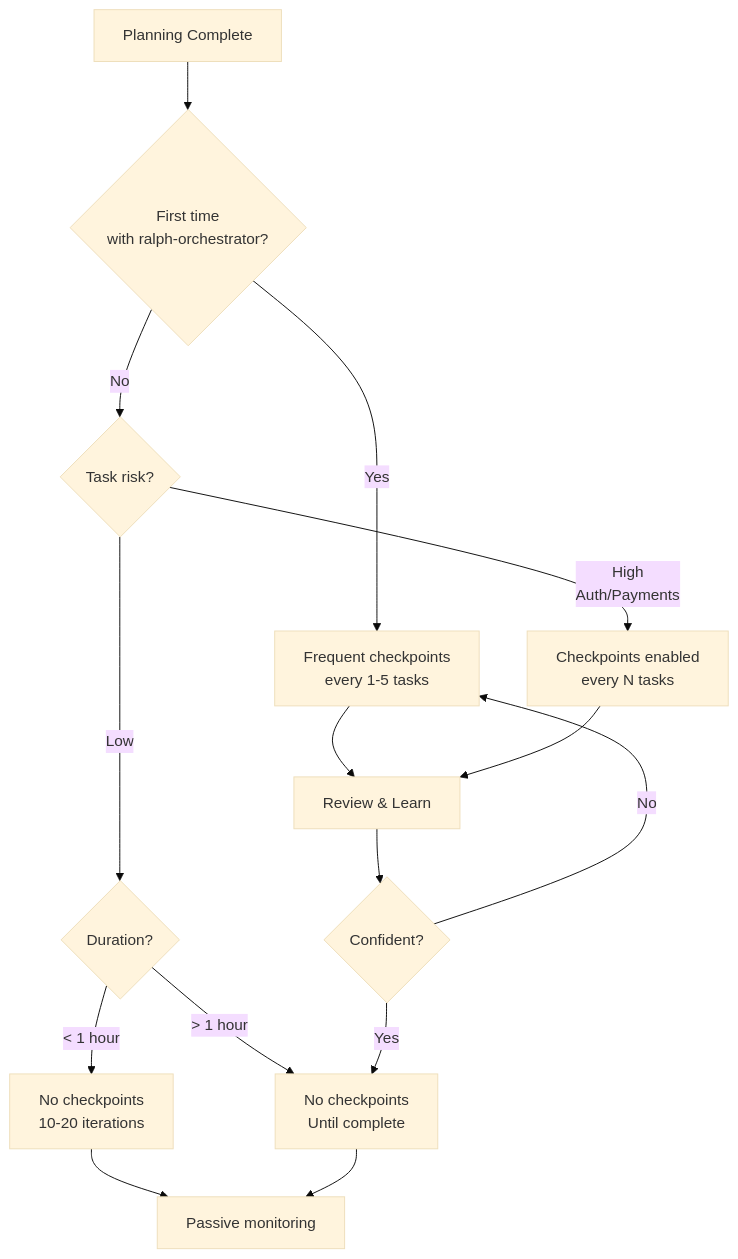
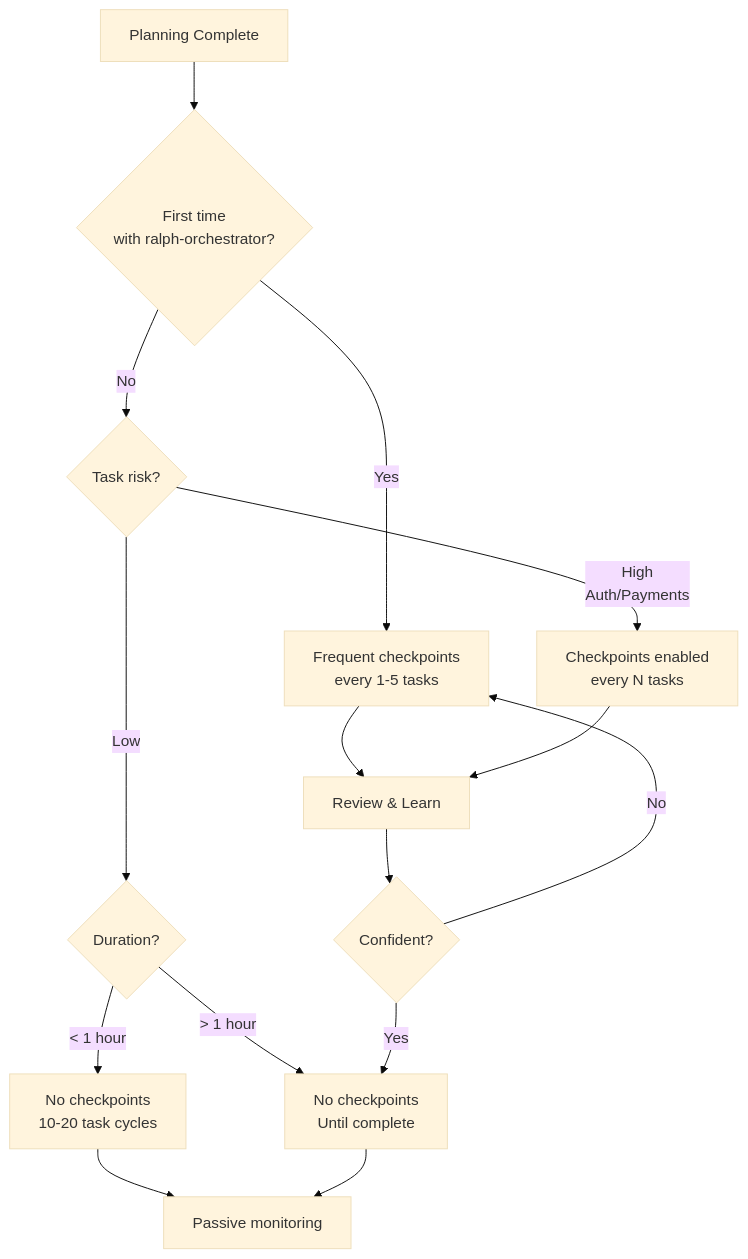
The fifth of 5 diagrams in skills/ralph-orchestrator/references/mode-selection.md (Dario-Arcos/ai-framework), drawn with Mermaid (base theme) before and after one commit. The commit also changed other lines of this file and 45 other files, not shown here.

````diff
--- a/skills/ralph-orchestrator/references/mode-selection.md
+++ b/skills/ralph-orchestrator/references/mode-selection.md
@@ -229,22 +229,22 @@
 ```mermaid
 graph TD
     Ready[Planning Complete] --> Q1{First time<br/>with ralph-orchestrator?}
 
     Q1 -->|Yes| CP1[Frequent checkpoints<br/>every 1-5 tasks]
     Q1 -->|No| Q2{Task risk?}
 
     Q2 -->|High<br/>Auth/Payments| CP2[Checkpoints enabled<br/>every N tasks]
     Q2 -->|Low| Q3{Duration?}
 
-    Q3 -->|< 1 hour| NCP1[No checkpoints<br/>10-20 iterations]
+    Q3 -->|< 1 hour| NCP1[No checkpoints<br/>10-20 task cycles]
     Q3 -->|> 1 hour| NCP2[No checkpoints<br/>Until complete]
 
     CP1 --> Review[Review & Learn]
     CP2 --> Review
     NCP1 --> Monitor[Passive monitoring]
     NCP2 --> Monitor
 
     Review --> Q4{Confident?}
     Q4 -->|Yes| NCP2
     Q4 -->|No| CP1
 ```
````
